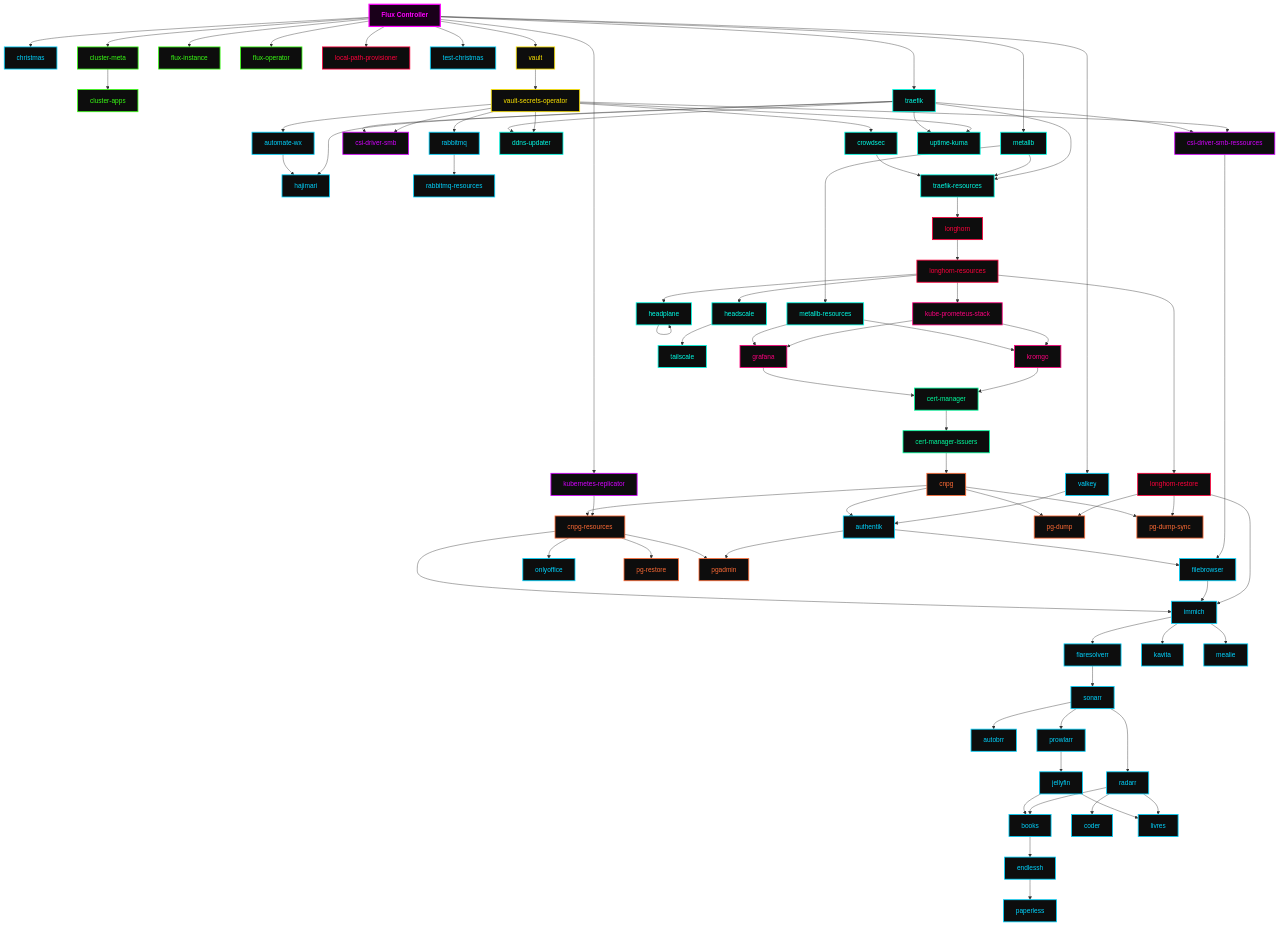
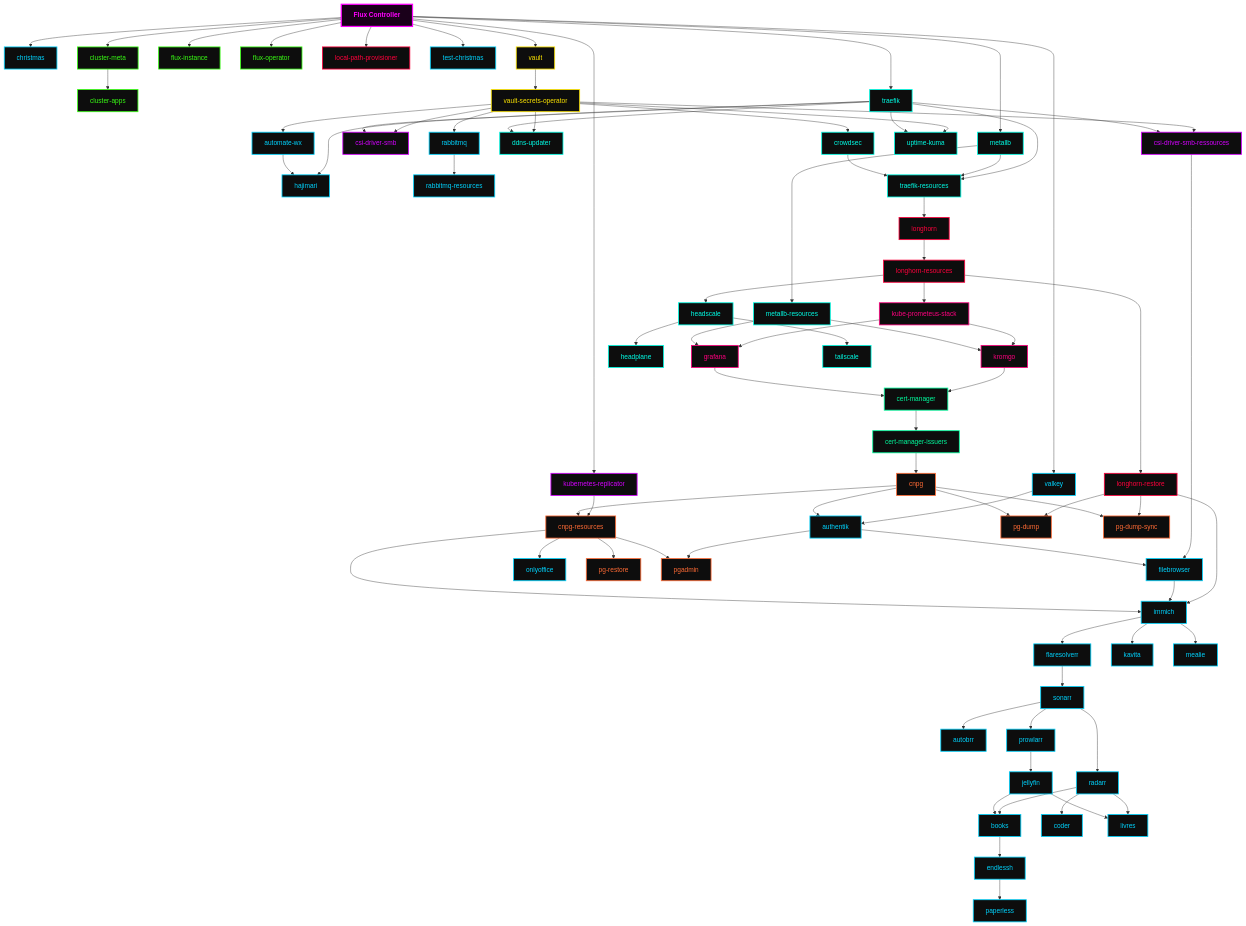
Before and after one commit to rdartus/home-ops: the diagram in README.md, drawn with Mermaid. The commit also changed 1 other file, not shown here.

Commit message:
Tail/head Scale #2

```diff
--- a/README.md
+++ b/README.md
@@ -199,14 +199,13 @@
   kube_system__kubernetes_replicator --> database__cnpg_resources
   longhorn_system__longhorn --> longhorn_system__longhorn_resources
   longhorn_system__longhorn_resources --> longhorn_system__longhorn_restore
-  longhorn_system__longhorn_resources --> network__headplane
   longhorn_system__longhorn_resources --> network__headscale
   longhorn_system__longhorn_resources --> observability__kube_prometeus_stack
   longhorn_system__longhorn_restore --> database__pg_dump
   longhorn_system__longhorn_restore --> database__pg_dump_sync
   longhorn_system__longhorn_restore --> default__immich
   network__crowdsec --> network__traefik_resources
-  network__headplane --> network__headplane
+  network__headscale --> network__headplane
   network__headscale --> network__tailscale
   network__metallb --> network__metallb_resources
   network__metallb --> network__traefik_resources
```
